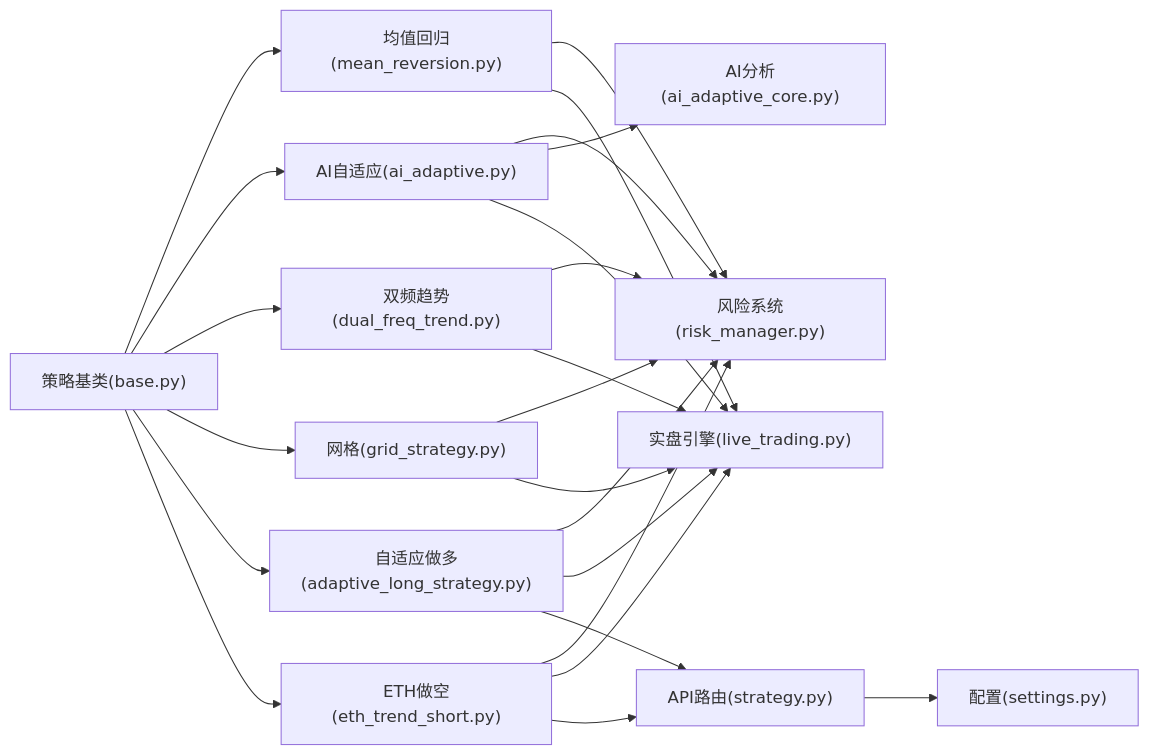
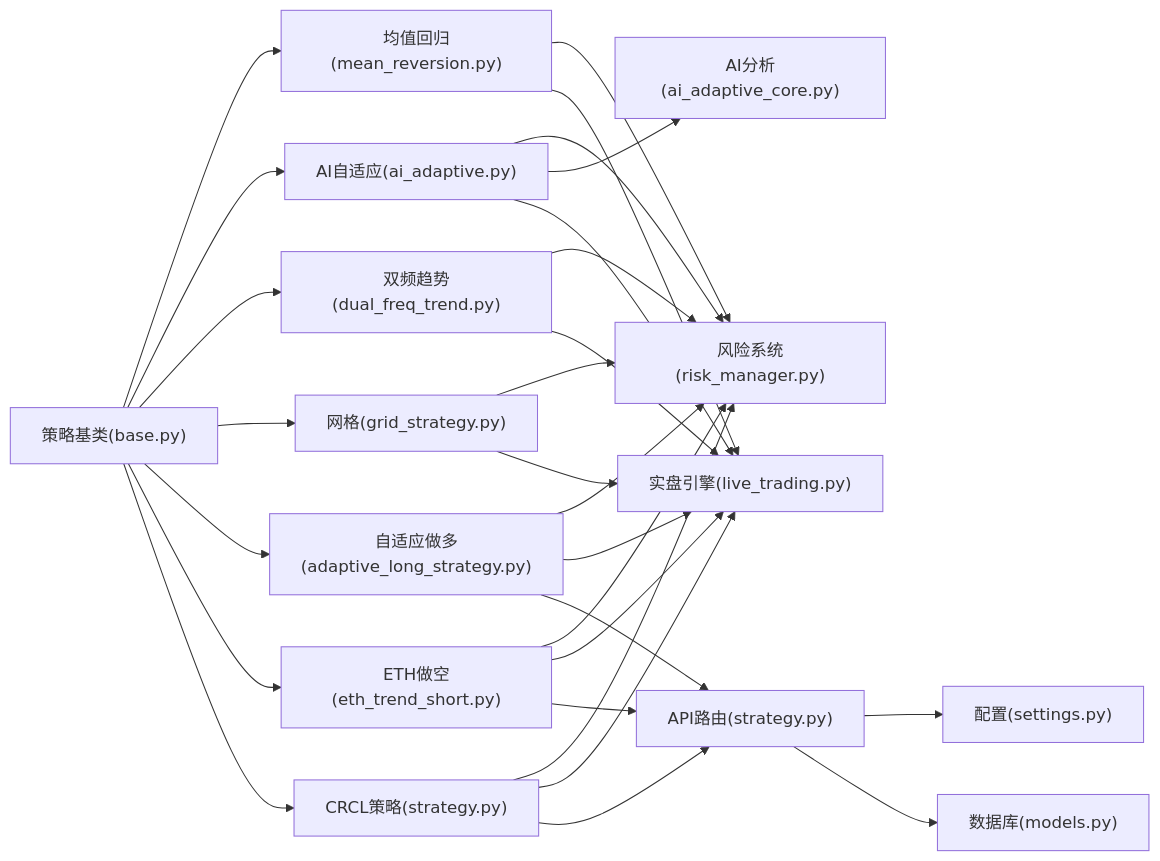
One commit to zyf266/ending changed diagram 11 of 11 in .qoder/repowiki/zh/content/核心模块详解/策略框架/具体策略实现/具体策略实现.md. Above: the diagram before and after it, drawn with Mermaid. The commit also changed other lines of this file and 60 other files, not shown here.

````diff
--- a/.qoder/repowiki/zh/content/核心模块详解/策略框架/具体策略实现/具体策略实现.md
+++ b/.qoder/repowiki/zh/content/核心模块详解/策略框架/具体策略实现/具体策略实现.md
@@ -474,25 +601,30 @@
 ```mermaid
 graph LR
 Base["策略基类(base.py)"] --> MR["均值回归(mean_reversion.py)"]
 Base --> AI["AI自适应(ai_adaptive.py)"]
 Base --> DF["双频趋势(dual_freq_trend.py)"]
 Base --> GS["网格(grid_strategy.py)"]
 Base --> ALS["自适应做多(adaptive_long_strategy.py)"]
 Base --> ETSS["ETH做空(eth_trend_short.py)"]
+Base --> CRCL["CRCL策略(strategy.py)"]
 MR --> Risk["风险系统(risk_manager.py)"]
 AI --> Risk
 DF --> Risk
 GS --> Risk
 ALS --> Risk
 ETSS --> Risk
+CRCL --> Risk
 AI --> AICore["AI分析(ai_adaptive_core.py)"]
 MR --> Live["实盘引擎(live_trading.py)"]
 AI --> Live
 DF --> Live
 GS --> Live
 ALS --> Live
 ETSS --> Live
+CRCL --> Live
 ALS --> API["API路由(strategy.py)"]
 ETSS --> API
+CRCL --> API
 API --> CFG["配置(settings.py)"]
+API --> DB["数据库(models.py)"]
 ```
````
